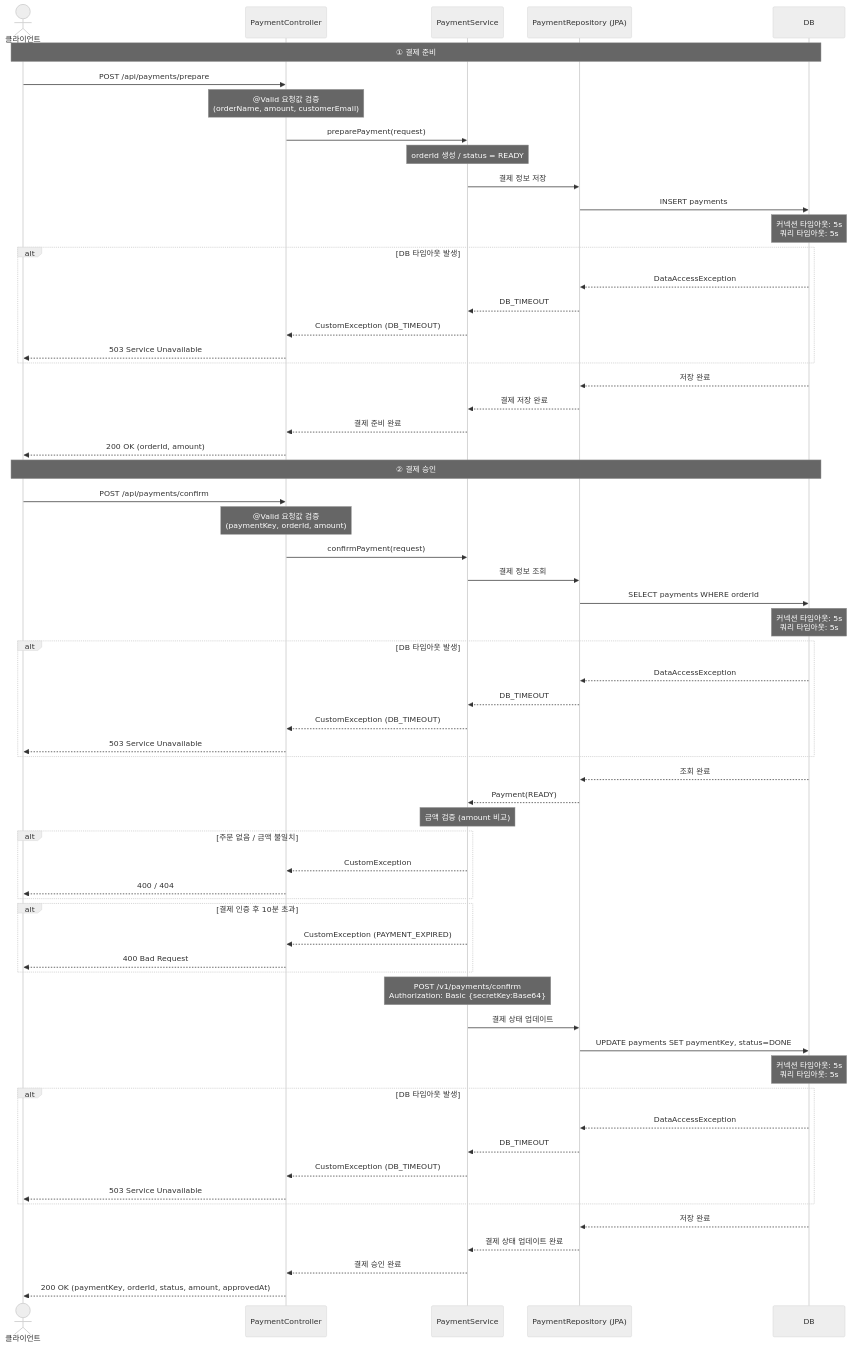
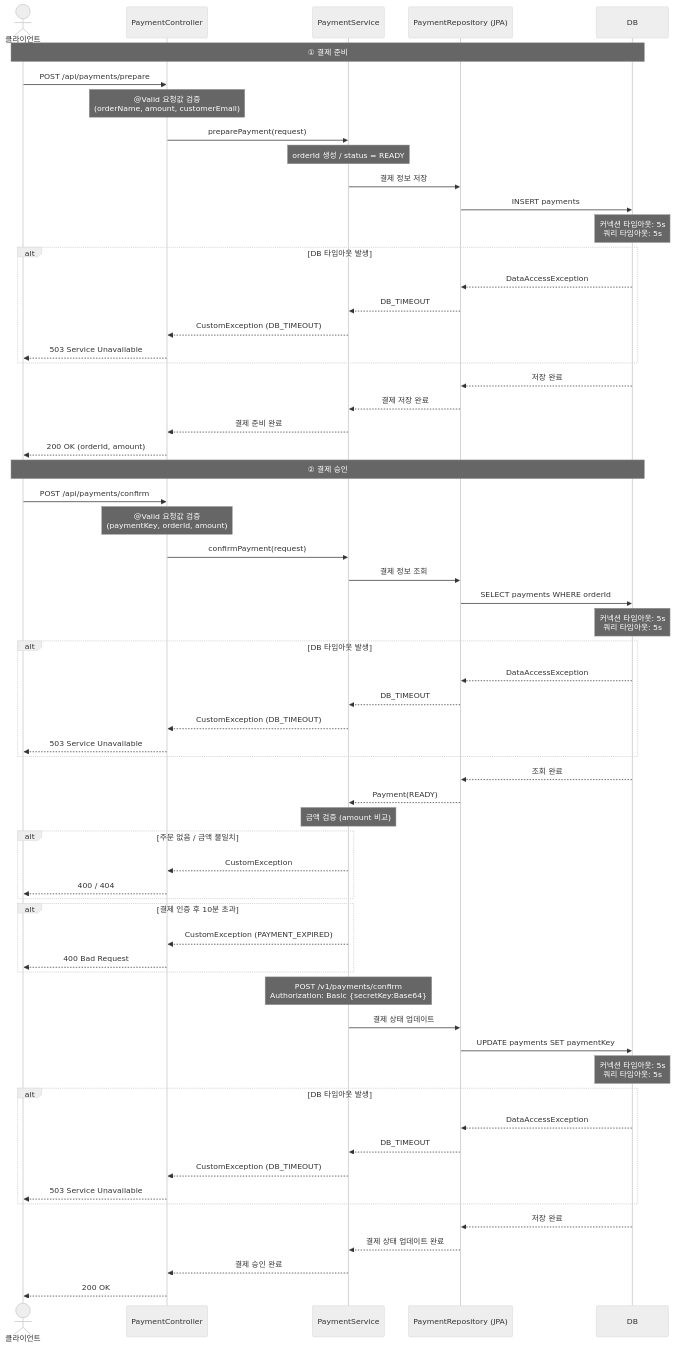
Before and after one commit to ccommit/stylehub: the second of 3 diagrams in README.md, drawn with Mermaid (neutral theme). The commit also changed other lines of this file, not shown here.

First line of the commit message:
Revise SQL queries in README for payments and coupons

````diff
--- a/README.md
+++ b/README.md
@@ -349,68 +349,68 @@
 ``` mermaid
    sequenceDiagram
     actor Client as 클라이언트
     participant CT as PaymentController
     participant SV as PaymentService
     participant Repo as PaymentRepository (JPA)
     participant DB as DB
 
     Note over Client,DB: ① 결제 준비
 
     Client->>CT: POST /api/payments/prepare
     Note over CT: @Valid 요청값 검증<br/>(orderName, amount, customerEmail)
     CT->>SV: preparePayment(request)
     Note over SV: orderId 생성 / status = READY
     SV->>Repo: 결제 정보 저장
     Repo->>DB: INSERT payments
     Note over DB: 커넥션 타임아웃: 5s<br/>쿼리 타임아웃: 5s
     alt DB 타임아웃 발생
         DB-->>Repo: DataAccessException
         Repo-->>SV: DB_TIMEOUT
         SV-->>CT: CustomException (DB_TIMEOUT)
         CT-->>Client: 503 Service Unavailable
     end
     DB-->>Repo: 저장 완료
     Repo-->>SV: 결제 저장 완료
     SV-->>CT: 결제 준비 완료
     CT-->>Client: 200 OK (orderId, amount)
 
     Note over Client,DB: ② 결제 승인
 
     Client->>CT: POST /api/payments/confirm
     Note over CT: @Valid 요청값 검증<br/>(paymentKey, orderId, amount)
     CT->>SV: confirmPayment(request)
     SV->>Repo: 결제 정보 조회
     Repo->>DB: SELECT payments WHERE orderId
     Note over DB: 커넥션 타임아웃: 5s<br/>쿼리 타임아웃: 5s
     alt DB 타임아웃 발생
         DB-->>Repo: DataAccessException
         Repo-->>SV: DB_TIMEOUT
         SV-->>CT: CustomException (DB_TIMEOUT)
         CT-->>Client: 503 Service Unavailable
     end
     DB-->>Repo: 조회 완료
     Repo-->>SV: Payment(READY)
     Note over SV: 금액 검증 (amount 비교)
     alt 주문 없음 / 금액 불일치
         SV-->>CT: CustomException
         CT-->>Client: 400 / 404
     end
     alt 결제 인증 후 10분 초과
         SV-->>CT: CustomException (PAYMENT_EXPIRED)
         CT-->>Client: 400 Bad Request
     end
     Note over SV: POST /v1/payments/confirm<br/>Authorization: Basic {secretKey:Base64}
     SV->>Repo: 결제 상태 업데이트
-    Repo->>DB: UPDATE payments SET paymentKey, status=DONE
+    Repo->>DB: UPDATE payments SET paymentKey
     Note over DB: 커넥션 타임아웃: 5s<br/>쿼리 타임아웃: 5s
     alt DB 타임아웃 발생
         DB-->>Repo: DataAccessException
         Repo-->>SV: DB_TIMEOUT
         SV-->>CT: CustomException (DB_TIMEOUT)
         CT-->>Client: 503 Service Unavailable
     end
     DB-->>Repo: 저장 완료
     Repo-->>SV: 결제 상태 업데이트 완료
     SV-->>CT: 결제 승인 완료
-    CT-->>Client: 200 OK (paymentKey, orderId, status, amount, approvedAt)
+    CT-->>Client: 200 OK  
 ```
````
